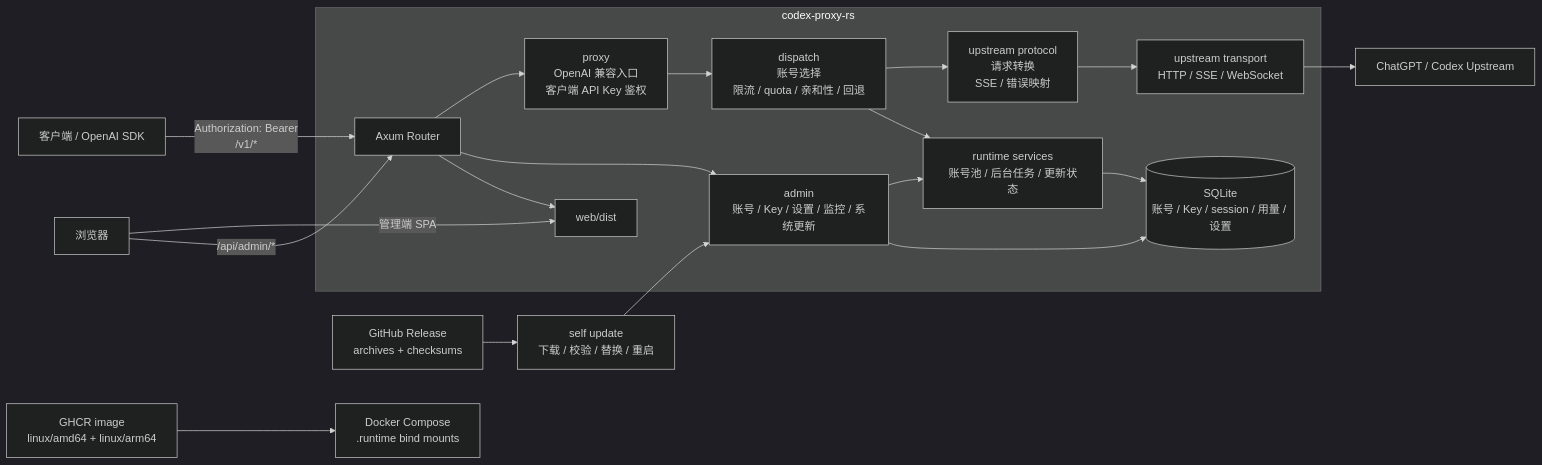
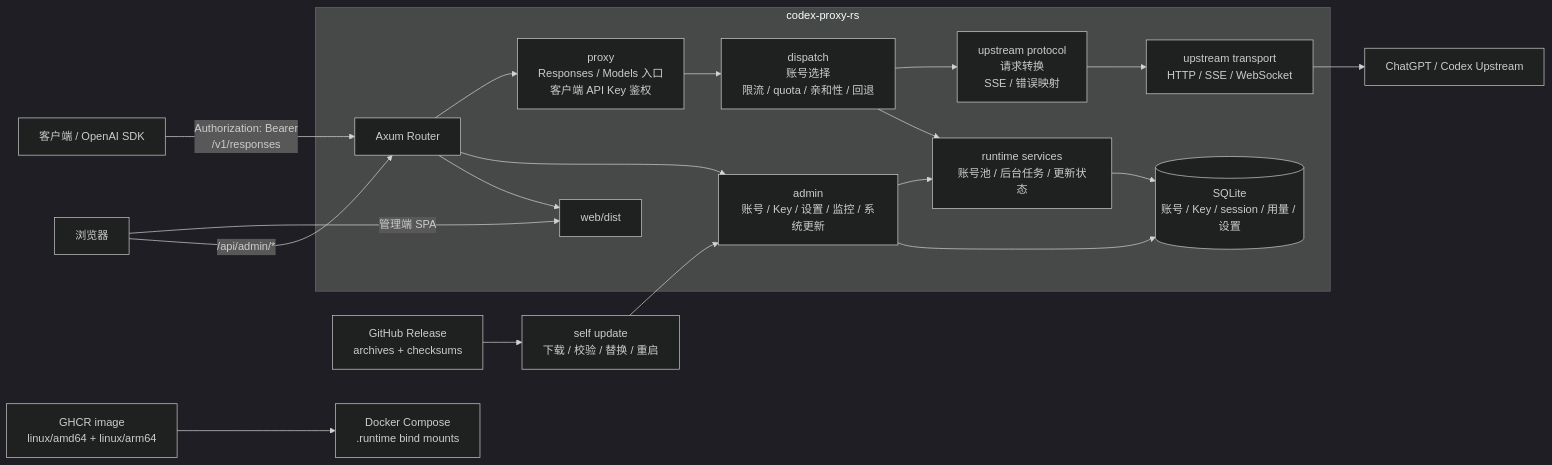
One commit to zyycn/codex-proxy-rs changed the diagram in docs/architecture.md. Above: the diagram before and after it, drawn with Mermaid (dark theme). The commit also changed other lines of this file and 5 other files, not shown here.

````diff
--- a/docs/architecture.md
+++ b/docs/architecture.md
@@ -7,26 +7,26 @@
 ```mermaid
 flowchart LR
-    Client["客户端 / OpenAI SDK"] -->|"Authorization: Bearer<br/>/v1/*"| Http["Axum Router"]
+    Client["客户端 / OpenAI SDK"] -->|"Authorization: Bearer<br/>/v1/responses"| Http["Axum Router"]
     Browser["浏览器"] -->|"管理端 SPA"| Web["web/dist"]
     Browser -->|"/api/admin/*"| Http
 
     subgraph App["codex-proxy-rs"]
-        Http --> Proxy["proxy<br/>OpenAI 兼容入口<br/>客户端 API Key 鉴权"]
+        Http --> Proxy["proxy<br/>Responses / Models 入口<br/>客户端 API Key 鉴权"]
         Http --> Admin["admin<br/>账号 / Key / 设置 / 监控 / 系统更新"]
         Http --> Web
 
         Proxy --> Dispatch["dispatch<br/>账号选择<br/>限流 / quota / 亲和性 / 回退"]
         Dispatch --> Protocol["upstream protocol<br/>请求转换<br/>SSE / 错误映射"]
         Protocol --> Transport["upstream transport<br/>HTTP / SSE / WebSocket"]
 
         Admin --> Runtime["runtime services<br/>账号池 / 后台任务 / 更新状态"]
         Dispatch --> Runtime
         Runtime --> Store[("SQLite<br/>账号 / Key / session / 用量 / 设置")]
         Admin --> Store
     end
 
     Transport --> Upstream["ChatGPT / Codex Upstream"]
     Release["GitHub Release<br/>archives + checksums"] --> Updater["self update<br/>下载 / 校验 / 替换 / 重启"]
     Updater --> Admin
     GHCR["GHCR image<br/>linux/amd64 + linux/arm64"] --> Docker["Docker Compose<br/>.runtime bind mounts"]
 ```
````
